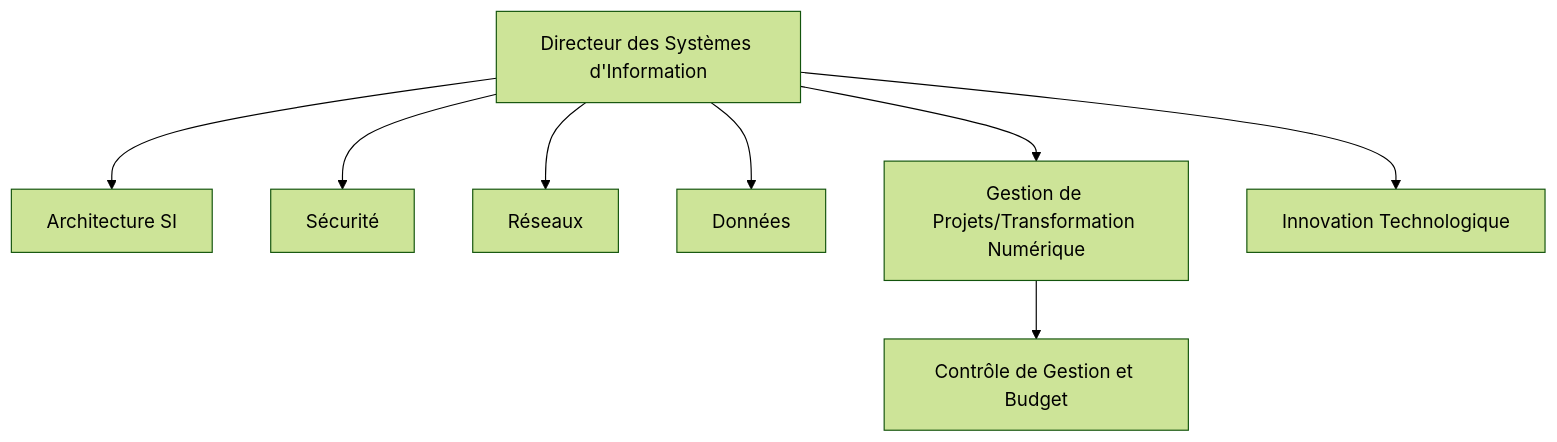
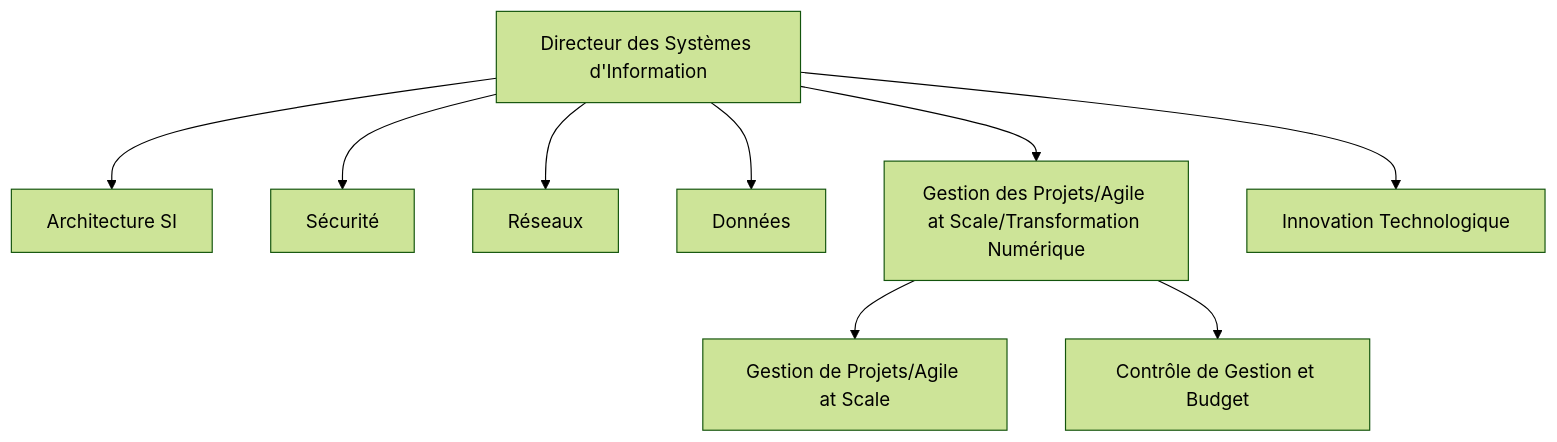
One commit to sanogotech/preparationCertificationCCNA changed the first of 6 diagrams in MetiersArchitectesSI/SchemaArchitectureSystemeInformation.md. Above: the diagram before and after it, drawn with Mermaid (forest theme). The commit also changed other lines of this file, not shown here.

````diff
--- a/MetiersArchitectesSI/SchemaArchitectureSystemeInformation.md
+++ b/MetiersArchitectesSI/SchemaArchitectureSystemeInformation.md
@@ -16,12 +31,11 @@
 ```mermaid
 graph TD
     A[Directeur des Systèmes d'Information] --> B[Architecture SI]
     A --> C[Sécurité]
     A --> D[Réseaux]
     A --> F[Données]
-    A --> G[Gestion de Projets/Transformation Numérique]
+    A --> G[Gestion des Projets/Agile at Scale/Transformation Numérique]
+    G --> I[Gestion de Projets/Agile at Scale]
+    G --> J[Contrôle de Gestion et Budget]
     A --> H[Innovation Technologique]
-
-    G --> I[Contrôle de Gestion et Budget]
-
 ```
````
